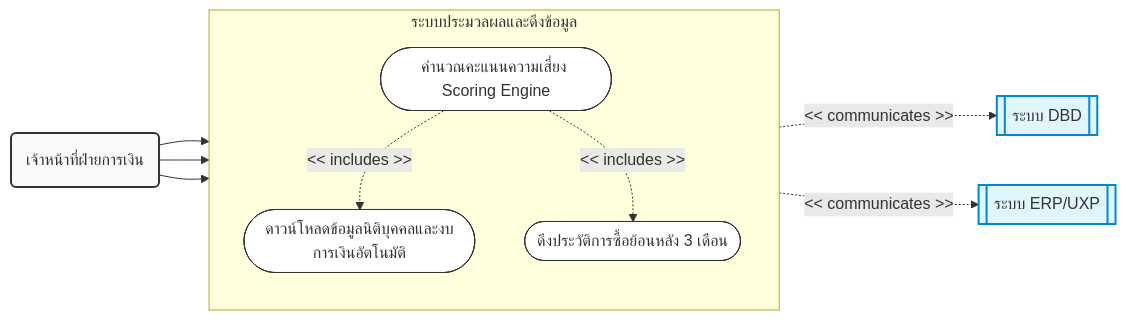
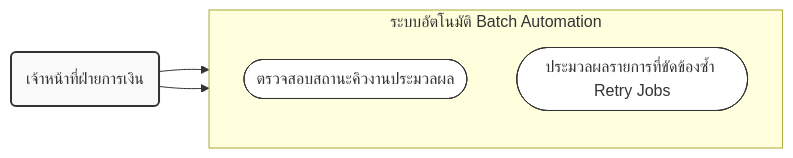
The fourth of 6 diagrams in docs/presentations/use_case_diagram.md (JinnawatJid/iNsightDocs), drawn with Mermaid before and after one commit. The commit also changed other lines of this file, not shown here.

Commit message:
docs: integrate automation into request workflow

````diff
--- a/docs/presentations/use_case_diagram.md
+++ b/docs/presentations/use_case_diagram.md
@@ -150,26 +167,16 @@
 ```mermaid
 flowchart LR
     classDef actorStyle fill:#f9f9f9,stroke:#333,stroke-width:2px;
-    classDef systemStyle fill:#e1f5fe,stroke:#0288d1,stroke-width:2px;
     classDef useCaseStyle fill:#fff,stroke:#333,stroke-width:1px;
 
     Fin(เจ้าหน้าที่ฝ่ายการเงิน):::actorStyle
-    DBD[[ระบบ DBD]]:::systemStyle
-    ERP[[ระบบ ERP/UXP]]:::systemStyle
 
-    subgraph AutoSystem [ระบบประมวลผลและดึงข้อมูล]
+    subgraph AutoSystem [ระบบอัตโนมัติ Batch Automation]
         direction TB
-        UC1([ดาวน์โหลดข้อมูลนิติบุคคลและงบการเงินอัตโนมัติ]):::useCaseStyle
-        UC2([ดึงประวัติการซื้อย้อนหลัง 3 เดือน]):::useCaseStyle
-        UC3([คำนวณคะแนนความเสี่ยง Scoring Engine]):::useCaseStyle
+        UC1([ตรวจสอบสถานะคิวงานประมวลผล]):::useCaseStyle
+        UC2([ประมวลผลรายการที่ขัดข้องซ้ำ Retry Jobs]):::useCaseStyle
     end
 
     Fin --> UC1
     Fin --> UC2
-    Fin --> UC3
-
-    UC1 -. "<< communicates >>" .-> DBD
-    UC2 -. "<< communicates >>" .-> ERP
-    UC3 -. "<< includes >>" .-> UC1
-    UC3 -. "<< includes >>" .-> UC2
 ```
````
